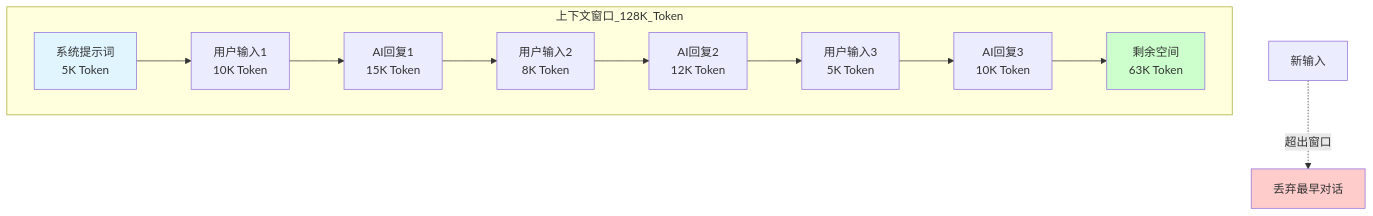
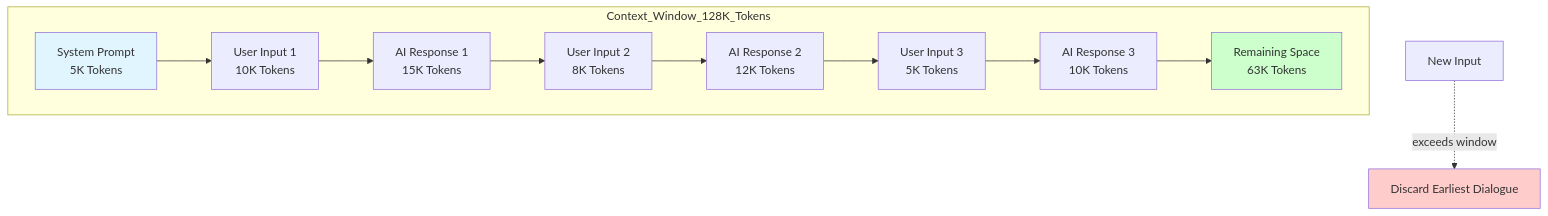
Before and after one commit to tianhongTina/ai-literacy-bootcamp: the fourth of 7 diagrams in docs/lessons/lesson-0.md, drawn with Mermaid. The commit also changed other lines of this file and 18 other files, not shown here.

````diff
--- a/docs/lessons/lesson-0.md
+++ b/docs/lessons/lesson-0.md
@@ -583,18 +590,18 @@
 ```mermaid
 graph TB
-    subgraph 上下文窗口_128K_Token
-    A[系统提示词<br/>5K Token] --> B[用户输入1<br/>10K Token]
-    B --> C[AI回复1<br/>15K Token]
-    C --> D[用户输入2<br/>8K Token]
-    D --> E[AI回复2<br/>12K Token]
-    E --> F[用户输入3<br/>5K Token]
-    F --> G[AI回复3<br/>10K Token]
-    G --> H[剩余空间<br/>63K Token]
+    subgraph Context_Window_128K_Tokens
+    A[System Prompt<br/>5K Tokens] --> B[User Input 1<br/>10K Tokens]
+    B --> C[AI Response 1<br/>15K Tokens]
+    C --> D[User Input 2<br/>8K Tokens]
+    D --> E[AI Response 2<br/>12K Tokens]
+    E --> F[User Input 3<br/>5K Tokens]
+    F --> G[AI Response 3<br/>10K Tokens]
+    G --> H[Remaining Space<br/>63K Tokens]
     end
-    
-    I[新输入] -.超出窗口.-> J[丢弃最早对话]
-    
+
+    I[New Input] -.exceeds window.-> J[Discard Earliest Dialogue]
+
     style A fill:#e1f5ff
     style H fill:#ccffcc
     style J fill:#ffcccc
 ```
````
